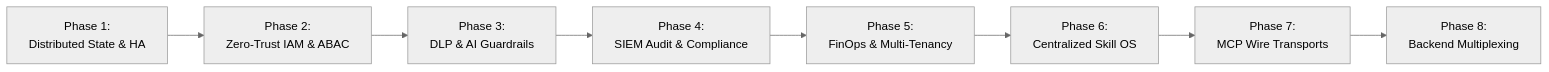
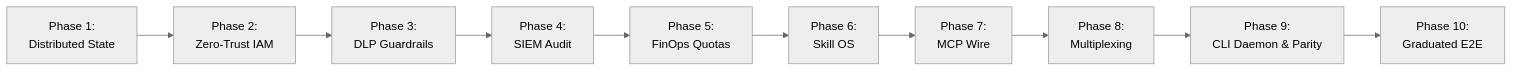
Before and after one commit to ihkaru/aegis-gateway: the diagram in docs/roadmap/00_ROADMAP_OVERVIEW.md, drawn with Mermaid (neutral theme). The commit also changed other lines of this file and 18 other files, not shown here.

First line of the commit message:
feat(phase-9): production CLI daemon, live HTTP server, and legacy parity suite

````diff
--- a/docs/roadmap/00_ROADMAP_OVERVIEW.md
+++ b/docs/roadmap/00_ROADMAP_OVERVIEW.md
@@ -16,10 +16,12 @@
 ```mermaid
 flowchart LR
-    P1["Phase 1:<br/>Distributed State & HA"] --> P2["Phase 2:<br/>Zero-Trust IAM & ABAC"]
-    P2 --> P3["Phase 3:<br/>DLP & AI Guardrails"]
-    P3 --> P4["Phase 4:<br/>SIEM Audit & Compliance"]
-    P4 --> P5["Phase 5:<br/>FinOps & Multi-Tenancy"]
-    P5 --> P6["Phase 6:<br/>Centralized Skill OS"]
-    P6 --> P7["Phase 7:<br/>MCP Wire Transports"]
-    P7 --> P8["Phase 8:<br/>Backend Multiplexing"]
+    P1["Phase 1:<br/>Distributed State"] --> P2["Phase 2:<br/>Zero-Trust IAM"]
+    P2 --> P3["Phase 3:<br/>DLP Guardrails"]
+    P3 --> P4["Phase 4:<br/>SIEM Audit"]
+    P4 --> P5["Phase 5:<br/>FinOps Quotas"]
+    P5 --> P6["Phase 6:<br/>Skill OS"]
+    P6 --> P7["Phase 7:<br/>MCP Wire"]
+    P7 --> P8["Phase 8:<br/>Multiplexing"]
+    P8 --> P9["Phase 9:<br/>CLI Daemon & Parity"]
+    P9 --> P10["Phase 10:<br/>Graduated E2E"]
 ```
````
